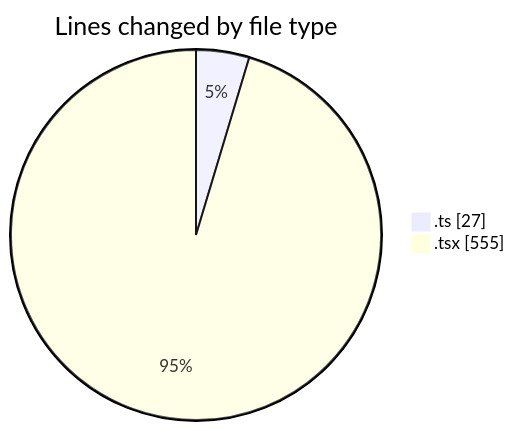
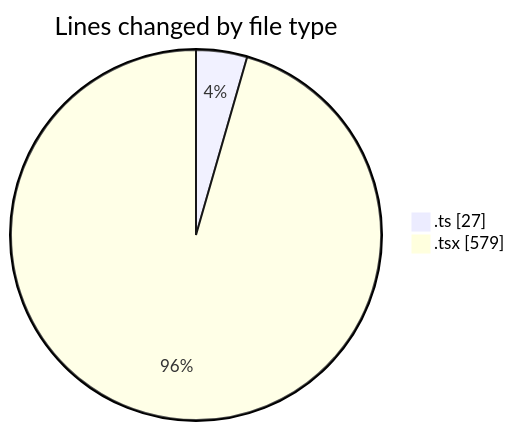
One commit to nxtqubesakshisongat/code-tracking changed the first of 2 diagrams in 2026-02-16/nxtqube_webapp/README.md. Above: the diagram before and after it, drawn with Mermaid. The commit also changed other lines of this file and 1 other file, not shown here.

````diff
--- a/2026-02-16/nxtqube_webapp/README.md
+++ b/2026-02-16/nxtqube_webapp/README.md
@@ -22,6 +22,6 @@
 ```mermaid
 pie showData
 title Lines changed by file type
 ".ts" : 27
-".tsx" : 555
+".tsx" : 579
 ```
````
